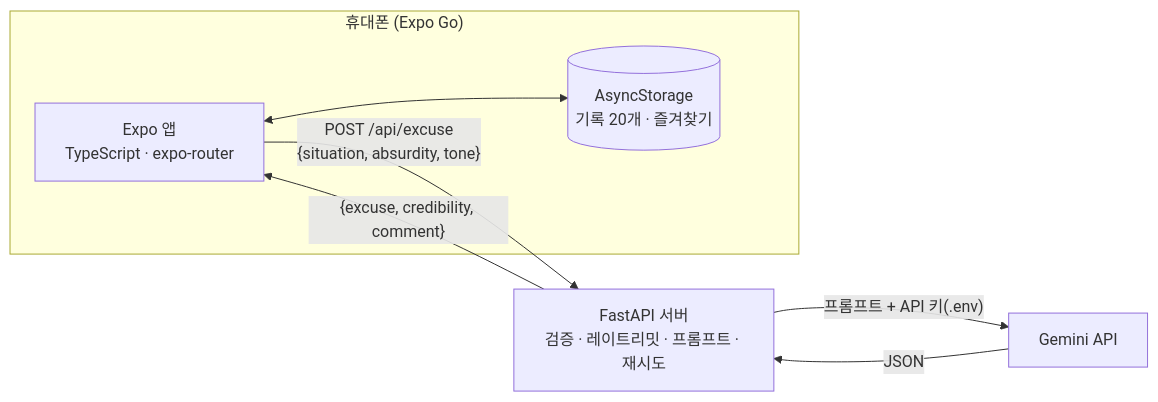
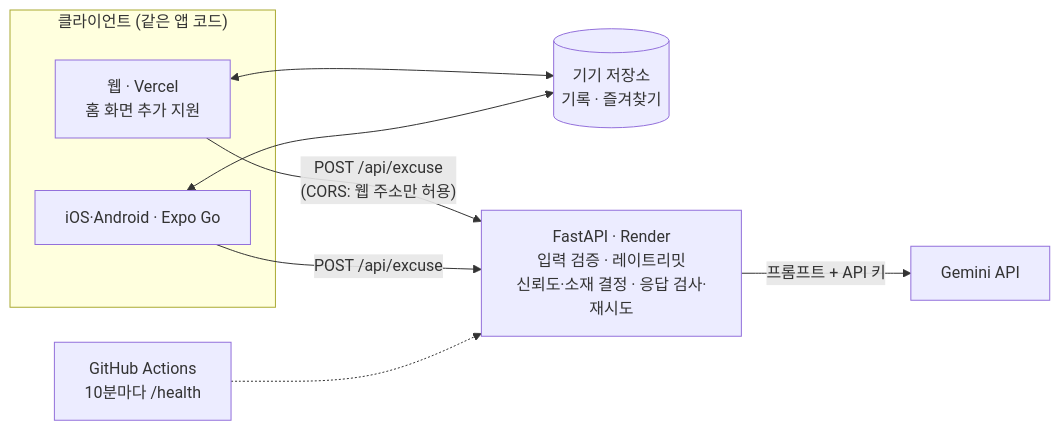
The diagram in README.md (jin-park0115/excuse-generator), drawn with Mermaid before and after one commit. The commit also changed other lines of this file and 3 other files, not shown here.

````diff
--- a/README.md
+++ b/README.md
@@ -26,12 +26,15 @@
 ```mermaid
 flowchart LR
-  subgraph Phone["휴대폰 (Expo Go)"]
-    App["Expo 앱<br/>TypeScript · expo-router"]
-    Store[("AsyncStorage<br/>기록 20개 · 즐겨찾기")]
-    App <--> Store
+  subgraph Client["클라이언트 (같은 앱 코드)"]
+    Web["웹 · Vercel<br/>홈 화면 추가 지원"]
+    App["iOS·Android · Expo Go"]
   end
-  App -- "POST /api/excuse<br/>{situation, absurdity, tone}" --> API["FastAPI 서버<br/>검증 · 레이트리밋 · 프롬프트 · 재시도"]
-  API -- "{excuse, credibility, comment}" --> App
-  API -- "프롬프트 + API 키(.env)" --> LLM["Gemini API"]
-  LLM -- "JSON" --> API
+  Store[("기기 저장소<br/>기록 · 즐겨찾기")]
+  Web <--> Store
+  App <--> Store
+  Web -- "POST /api/excuse<br/>(CORS: 웹 주소만 허용)" --> API
+  App -- "POST /api/excuse" --> API
+  API["FastAPI · Render<br/>입력 검증 · 레이트리밋<br/>신뢰도·소재 결정 · 응답 검사·재시도"]
+  API -- "프롬프트 + API 키" --> LLM["Gemini API"]
+  GA["GitHub Actions<br/>10분마다 /health"] -.-> API
 ```
````
